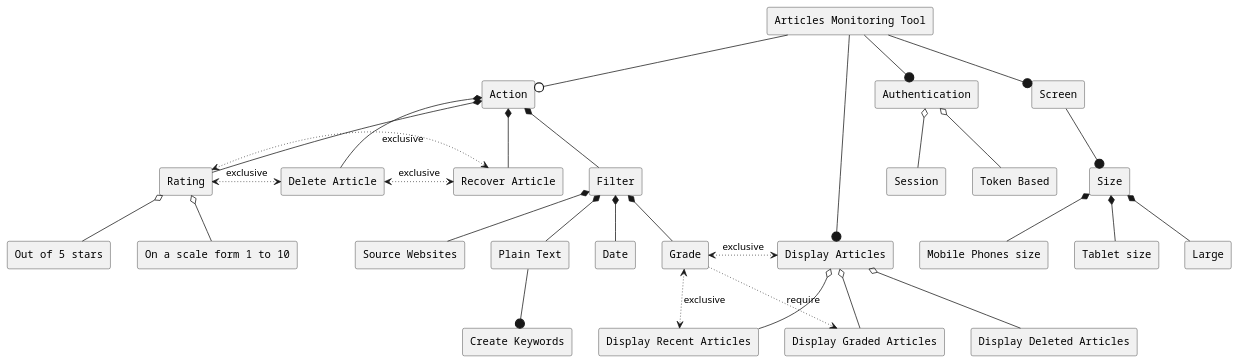
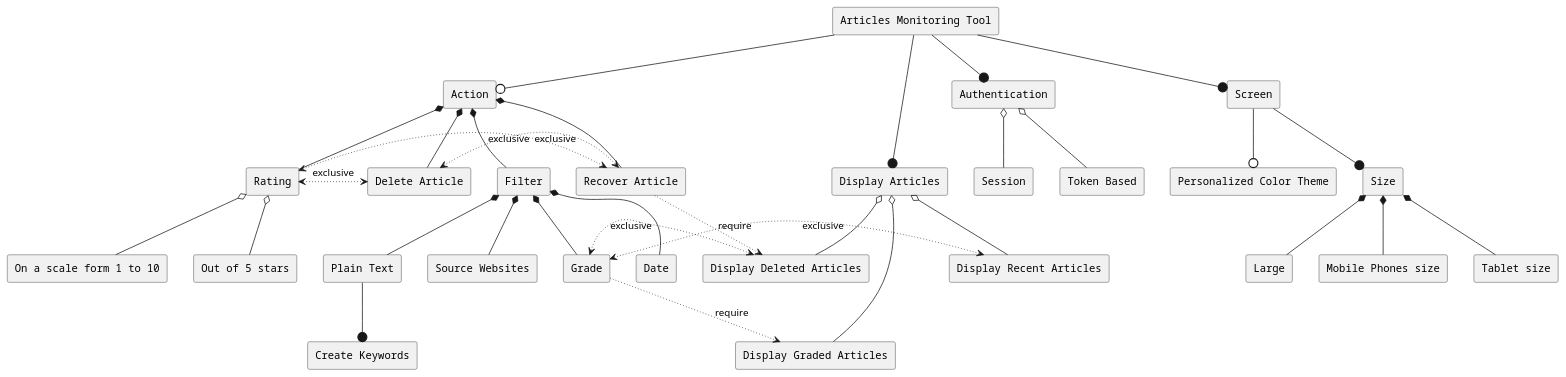
One commit to USI-MSDE-SA-2023/sa--christelle00 changed the diagram in src/sa/model/seismo_scraping_feature.puml. Above: the diagram before and after it, drawn with PlantUML. The commit also changed 2 other files, not shown here.

```diff
--- a/src/sa/model/seismo_scraping_feature.puml
+++ b/src/sa/model/seismo_scraping_feature.puml
@@ -2,87 +2,91 @@
 @startuml
 
 rectangle "Display Articles" as AA
 rectangle "Display Recent Articles" as AB
 rectangle "Display Graded Articles" as AC
 rectangle "Display Deleted Articles" as AD
 
 AA o-- AB
 AA o-- AC
 AA o-- AD
 
 rectangle "Action" as BB
 
 
 rectangle "Filter" as A
 rectangle "Date" as B
 rectangle "Grade" as C
 rectangle "Plain Text" as Z
 rectangle "Source Websites" as Y
 
 rectangle "Create Keywords" as W
 
  
 A *-- B
 A *-- C
 A *-- Z
 A *-- Y
 
 Z --@ W
 
 rectangle "Rating" as E
 rectangle "Out of 5 stars" as F
 rectangle "On a scale form 1 to 10" as G
  
 E o-- F
 E o-- G
 
 rectangle "Delete Article" as BC
 
 rectangle "Recover Article" as BD
 
 BC <-[dotted]> BD : exclusive
 E <-[dotted]> BC : exclusive
 E <-[dotted]> BD : exclusive
 
+BD -[dotted]-> AD : require
+
 BB *-- A
 BB *-- E
 BB *-- BC
 BB *-- BD
 
 
 rectangle "Authentication" as H
 
 rectangle "Session" as I
 rectangle "Token Based" as J
 
 H o-- I
 H o-- J
 
 
 rectangle "Screen" as X
+rectangle "Personalized Color Theme" as XA
 rectangle "Size" as V
 rectangle "Mobile Phones size" as S
 rectangle "Tablet size" as T
 rectangle "Large" as U
 
 X --@ V
+X --0 XA
 V *-- S
 V *-- T
 V *-- U
 
 rectangle "Articles Monitoring Tool" as R
 
 R --@ AA
 R --0 BB
 R --@ H
 R --@ X
 
 
 C -[dotted]-> AC : require
-C <-[dotted]> AA : exclusive
 C <-[dotted]> AB : exclusive
+C <-[dotted]> AD : exclusive
 
 skinparam monochrome true
 skinparam shadowing false
 skinparam defaultFontName Courier
 @enduml
```
